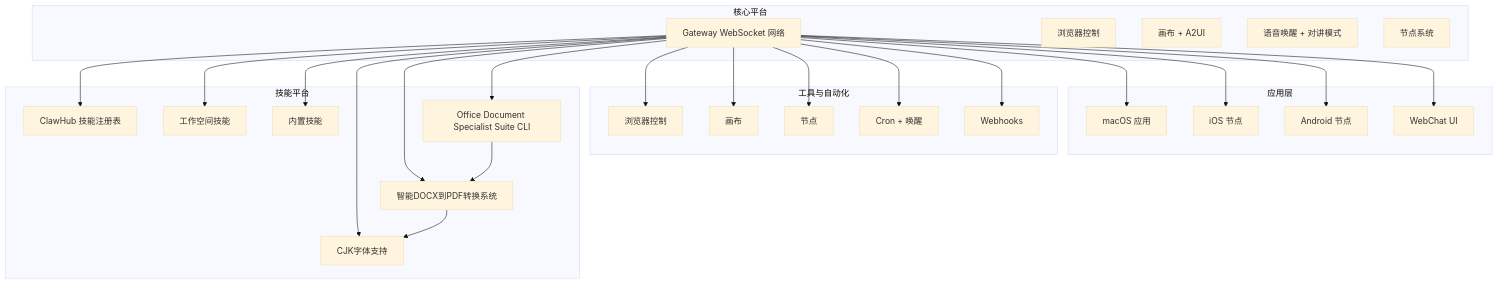
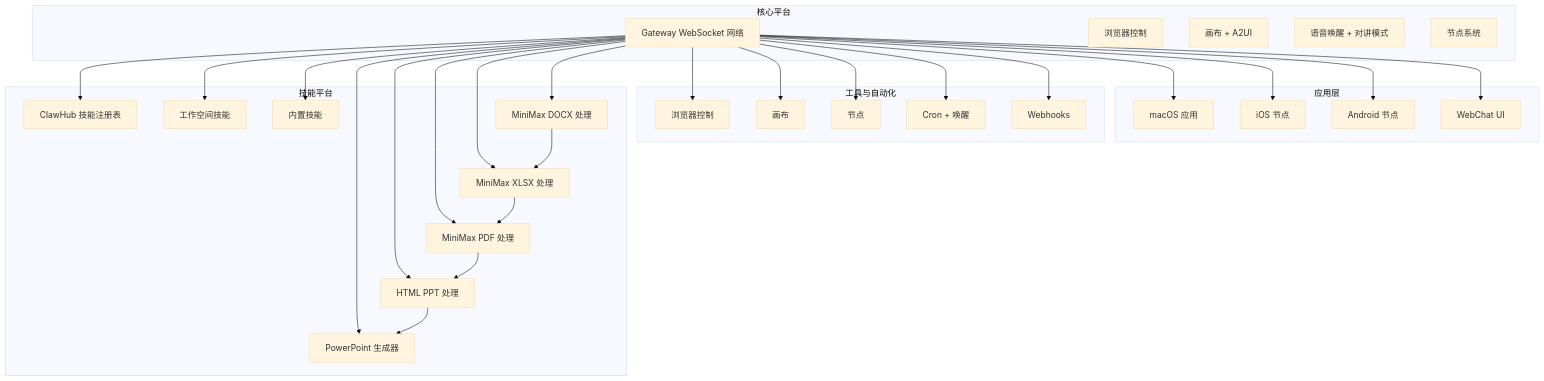
One commit to verse-ai-org/openclaw changed the first of 7 diagrams in .qoder/repowiki/zh/content/技能平台/内置技能/Office 文档专家套件.md. Above: the diagram before and after it, drawn with Mermaid (base theme). The commit also changed other lines of this file and 48 other files, not shown here.

````diff
--- a/.qoder/repowiki/zh/content/技能平台/内置技能/Office 文档专家套件.md
+++ b/.qoder/repowiki/zh/content/技能平台/内置技能/Office 文档专家套件.md
@@ -45,48 +46,54 @@
 ```mermaid
 graph TB
 subgraph "核心平台"
 A[Gateway WebSocket 网络]
 B[浏览器控制]
 C[画布 + A2UI]
 D[语音唤醒 + 对讲模式]
 E[节点系统]
 end
 subgraph "应用层"
 F[macOS 应用]
 G[iOS 节点]
 H[Android 节点]
 I[WebChat UI]
 end
 subgraph "工具与自动化"
 J[浏览器控制]
 K[画布]
 L[节点]
 M[Cron + 唤醒]
 N[Webhooks]
 end
 subgraph "技能平台"
 O[ClawHub 技能注册表]
 P[工作空间技能]
 Q[内置技能]
-R[Office Document Specialist Suite CLI]
-S[智能DOCX到PDF转换系统]
-T[CJK字体支持]
+R[MiniMax DOCX 处理]
+S[MiniMax XLSX 处理]
+T[MiniMax PDF 处理]
+U[HTML PPT 处理]
+V[PowerPoint 生成器]
 end
 A --> F
 A --> G
 A --> H
 A --> I
 A --> J
 A --> K
 A --> L
 A --> M
 A --> N
 A --> O
 A --> P
 A --> Q
 A --> R
 A --> S
 A --> T
+A --> U
+A --> V
 R --> S
 S --> T
+T --> U
+U --> V
 ```
````
